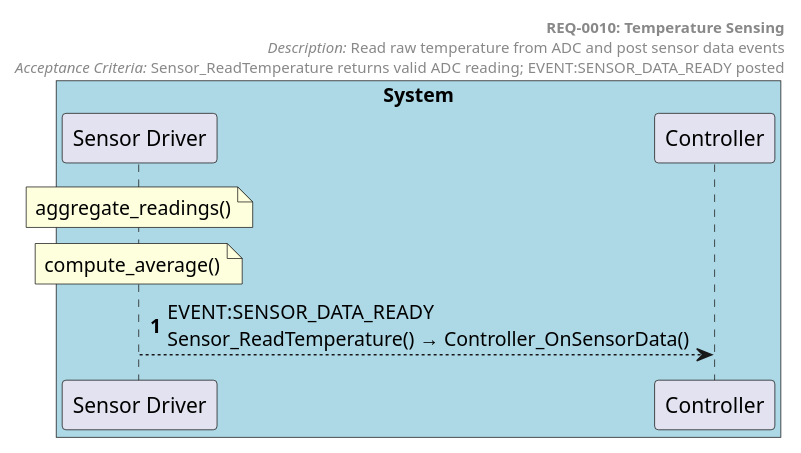
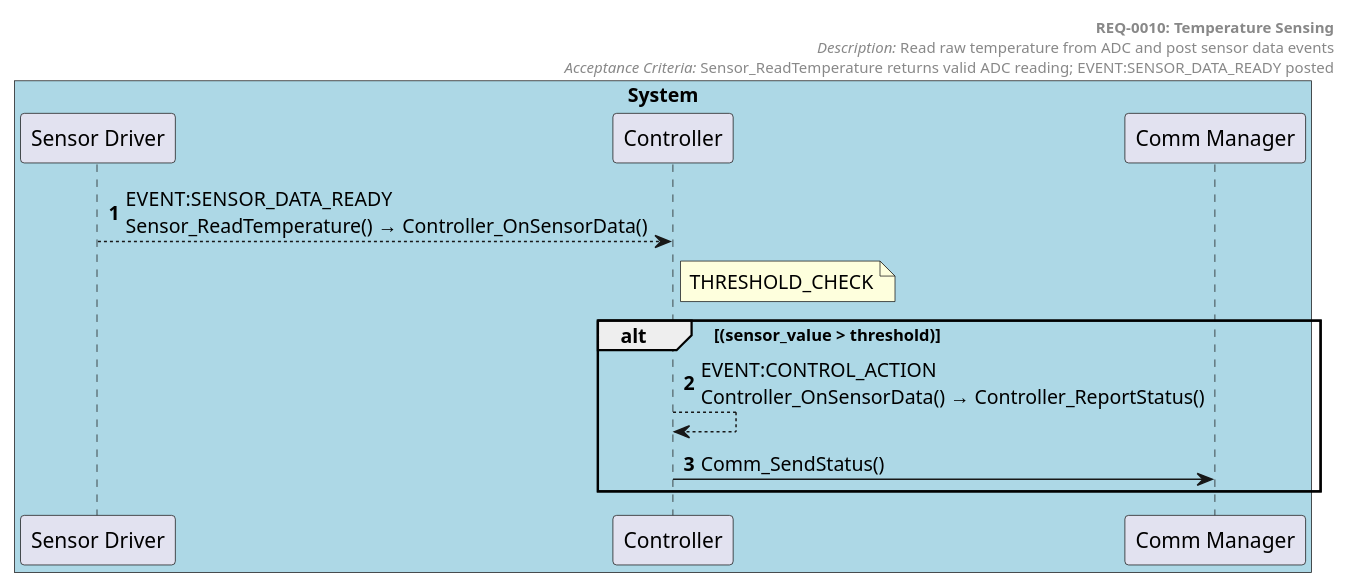
The diagram in docs/generated/sequences/REQ-0010.puml (tvanfossen/doxygen-guard-example), drawn with PlantUML before and after one commit. The commit also changed 18 other files, not shown here.

First line of the commit message:
Add provisioning example, regenerate all diagrams with AST pipeline

```diff
--- a/docs/generated/sequences/REQ-0010.puml
+++ b/docs/generated/sequences/REQ-0010.puml
@@ -1,20 +1,24 @@
 @startuml REQ-0010 Temperature Sensing
 autonumber
 
 box "System" #LightBlue
   participant "Sensor Driver" as Sensor_Driver
   participant "Controller" as Controller
+  participant "Comm Manager" as Comm_Manager
 end box
 
 header
   **REQ-0010: Temperature Sensing**
   //Description:// Read raw temperature from ADC and post sensor data events
   //Acceptance Criteria:// Sensor_ReadTemperature returns valid ADC reading; EVENT:SENSOR_DATA_READY posted
 end header
 
-note over Sensor_Driver: aggregate_readings()
-note over Sensor_Driver: compute_average()
 
 Sensor_Driver --> Controller: EVENT:SENSOR_DATA_READY\nSensor_ReadTemperature() → Controller_OnSensorData()
+note right of Controller: THRESHOLD_CHECK
+alt (sensor_value > threshold)
+Controller --> Controller: EVENT:CONTROL_ACTION\nController_OnSensorData() → Controller_ReportStatus()
+Controller -> Comm_Manager: Comm_SendStatus()
+end alt
 
 @enduml
```
